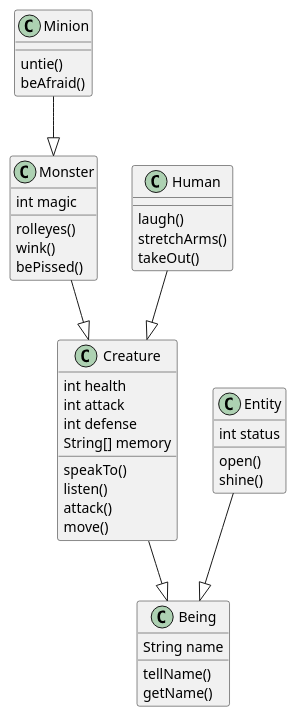
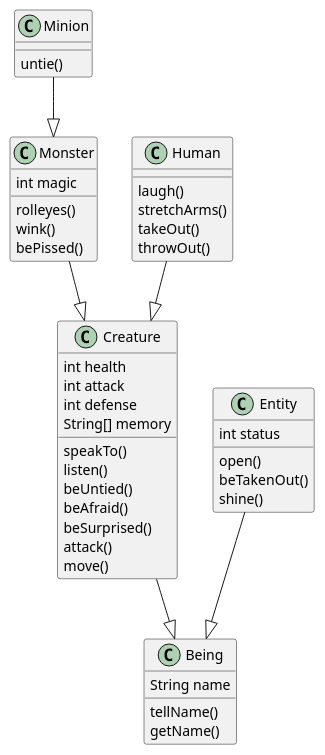
One commit to zzandy2020/jwork-2021 changed the diagram in W01/王鹏191220112/uml/characters.pu. Above: the diagram before and after it, drawn with PlantUML. The commit also changed 7 other files, not shown here.

```diff
--- a/W01/王鹏191220112/uml/characters.pu
+++ b/W01/王鹏191220112/uml/characters.pu
@@ -1,55 +1,59 @@
-@startuml
+@startuml characters
 
 class Being{
     String name
     tellName()
     getName()
 }
 
 class Creature {
 
     int health
     int attack
     int defense
     String[] memory
 
     speakTo()
     listen()
+    beUntied()
+    beAfraid()
+    beSurprised()
     attack()
     move()
 }
 
 class Monster{
     int magic
     rolleyes()
     wink()
     bePissed()
 }
 
 class Minion{
     untie()
-    beAfraid()
 }
 
 class Human{
     laugh()
     stretchArms()
     takeOut()
+    throwOut()
 }
 
 class Entity{
     int status
     open()
+    beTakenOut()
     shine()
 }
 
 Creature --|> Being
 
 Human --|> Creature
 Monster --|> Creature
 
 Entity --|> Being
 
 Minion --|> Monster
 
 @enduml
```
